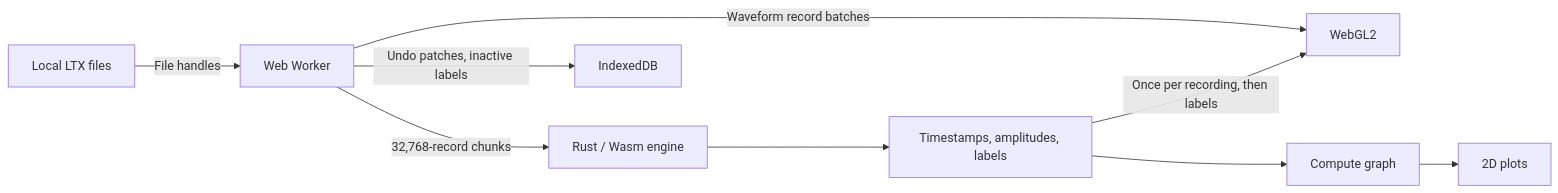
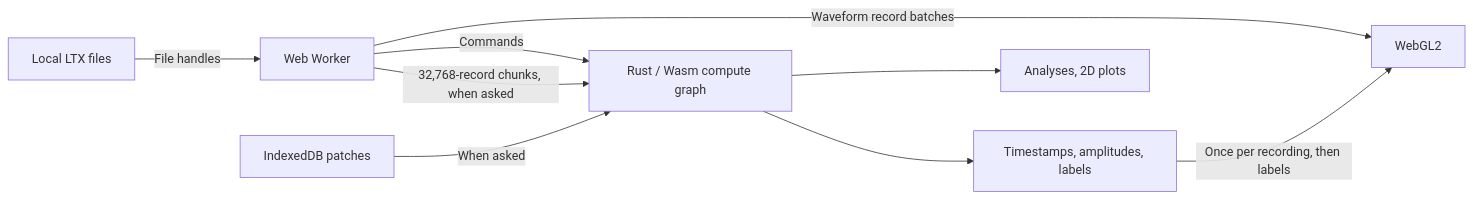
The diagram in docs/ARCHITECTURE.md (ChenNeuroscience/waveform), drawn with Mermaid before and after one commit. The commit also changed other lines of this file, not shown here.

Commit message:
Describe the engine-free compute graph in the architecture doc

````diff
--- a/docs/ARCHITECTURE.md
+++ b/docs/ARCHITECTURE.md
@@ -3,11 +3,11 @@
 ```mermaid
 flowchart LR
     Files[Local LTX files] -->|File handles| Worker[Web Worker]
-    Worker -->|32,768-record chunks| Rust[Rust / Wasm engine]
-    Rust --> Population[Timestamps, amplitudes, labels]
+    Worker -->|32,768-record chunks, when asked| Graph[Rust / Wasm compute graph]
+    IDB[IndexedDB patches] -->|When asked| Graph
+    Worker -->|Commands| Graph
+    Graph --> Population[Timestamps, amplitudes, labels]
     Population -->|Once per recording, then labels| GPU[WebGL2]
     Worker -->|Waveform record batches| GPU
-    Worker -->|Undo patches, inactive labels| IDB[IndexedDB]
-    Population --> Analysis[Compute graph]
-    Analysis --> Canvas[2D plots]
+    Graph --> Canvas[Analyses, 2D plots]
 ```
````
